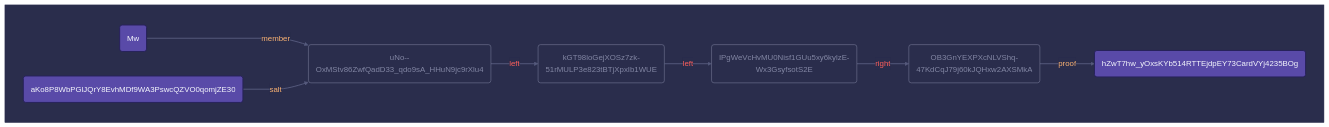
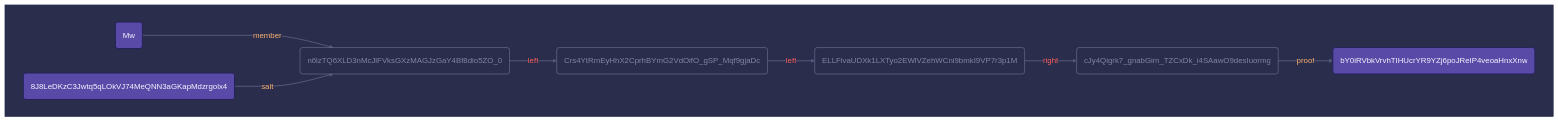
Before and after one commit to transmute-industries/verifiable-data: the diagram in packages/merkle-proof/merkle-proof.md, drawn with Mermaid. The commit also changed other lines of this file and 19 other files, not shown here.

````diff
--- a/packages/merkle-proof/merkle-proof.md
+++ b/packages/merkle-proof/merkle-proof.md
@@ -24,50 +24,50 @@
 ```mermaid
 %%{
   init: {
     'flowchart': { 'curve': 'monotoneX' },
     'theme': 'base',
     'themeVariables': {
       'primaryColor': '#2a2d4c',
       'primaryTextColor': '#565a7c',
       'nodeBorder': '#565a7c',
       'edgeLabelBackground': '#2a2d4c',
       'clusterBkg': '#2a2d4c',
       'clusterBorder': '#2a2d4c',
       'lineColor': '#565a7c',
       'fontFamily': 'monospace',
       'darkmode': true
     }
   }
 }%%
 graph LR
 linkStyle default fill:none, stroke-width: 1px, stroke: #565a7c
   subgraph &nbsp;
     direction LR
-		fca1f7d357bc7db71ecfa0e8d10fafb4754a71745a2276964e7c21e7188660da("hZwT7hw_yOxsKYb514RTTEjdpEY73CardVYj4235BOg") 
+		d57a9a1e875746ba91a693567761bf616f0c83478688fc448369f45187b33ab7("bY0iRVbkVrvhTIHUcrYR9YZj6poJReIP4veoaHnxXnw") 
 		b340a0c7bc54b1e1d1b283e8dcc756f728dc6ead0090008a232e8ff5a5f54be7("Mw") 
-		2cae03cd28cf63be1328d38a1983305e8d81941b4d02b9700c29960e73a6a6c2("aKo8P8WbPGlJQrY8EvhMDf9WA3PswcQZVO0qomjZE30") 
-		42b869007c27bed0f28fe75e04b87214b501fdc6e8ee237984e67ef8eaccd550("uNo--OxMStv86ZwfQadD33_qdo9sA_HHuN9jc9rXlu4") 
-		f9210b82dd198e1f049f793d69d9ff9eaa78aab930d19ffcf650330d450e3f19("kGT98loGejXOSz7zk-51rMULP3e823tBTjXpxIb1WUE") 
-		3916a2df29c29440b3c29a3df1df70dcf5c642be8f964b7f27034ffd585e6290("IPgWeVcHvMU0Nisf1GUu5xy6kylzE-Wx3GsyfsotS2E") 
-		ef18fdcdecf7266c386a8536c36176fa7380d14600e825713343208ab83afad9("OB3GnYEXPXcNLVShq-47KdCqJ79j60kJQHxw2AXSMkA") 
-		b340a0c7bc54b1e1d1b283e8dcc756f728dc6ead0090008a232e8ff5a5f54be7 -- member --> 42b869007c27bed0f28fe75e04b87214b501fdc6e8ee237984e67ef8eaccd550 
-		2cae03cd28cf63be1328d38a1983305e8d81941b4d02b9700c29960e73a6a6c2 -- salt --> 42b869007c27bed0f28fe75e04b87214b501fdc6e8ee237984e67ef8eaccd550 
-		42b869007c27bed0f28fe75e04b87214b501fdc6e8ee237984e67ef8eaccd550 -- left --> f9210b82dd198e1f049f793d69d9ff9eaa78aab930d19ffcf650330d450e3f19 
-		f9210b82dd198e1f049f793d69d9ff9eaa78aab930d19ffcf650330d450e3f19 -- left --> 3916a2df29c29440b3c29a3df1df70dcf5c642be8f964b7f27034ffd585e6290 
-		3916a2df29c29440b3c29a3df1df70dcf5c642be8f964b7f27034ffd585e6290 -- right --> ef18fdcdecf7266c386a8536c36176fa7380d14600e825713343208ab83afad9 
-		ef18fdcdecf7266c386a8536c36176fa7380d14600e825713343208ab83afad9 -- proof --> fca1f7d357bc7db71ecfa0e8d10fafb4754a71745a2276964e7c21e7188660da 
-		style fca1f7d357bc7db71ecfa0e8d10fafb4754a71745a2276964e7c21e7188660da color:#f5f7fd, fill:#594aa8, stroke:#27225b, stroke-width: 2.0px 
+		230021e457f7cda77acaa2a563599d892a435aec179965e8a25c4bab11f6ce9a("8J8LeDKzC3Jwtq5qLOkVJ74MeQNN3aGKapMdzrgolx4") 
+		fcd1a855f74de5745adab9919e6574ea03abc8f3181d1b5aea81f72cbae5886b("n6lzTQ6XLD3nMcJlFVksGXzMAGJzGaY4Bf8dio5ZO_0") 
+		5831519fc393227f96f10d342628a326852522166ba78660568f60ff10c32799("Crs4YtRmEyHhX2CprhBYmG2VdOifO_gSP_Mqf9gjaDc") 
+		0f16fb4931662a76b8a0fbdd7856a4502616b80b1833a2cc4fc6a3c3a22dde78("ELLFivaUDXk1LXTyo2EWlVZehWCni9bmkI9VP7r3p1M") 
+		1b834b9480615d9c9b650e1007138d466bedc35b4c9cb401cbf06effbab9c471("cJy4Qigrk7_gnabGim_TZCxDk_i4SAawO9desIuormg") 
+		b340a0c7bc54b1e1d1b283e8dcc756f728dc6ead0090008a232e8ff5a5f54be7 -- member --> fcd1a855f74de5745adab9919e6574ea03abc8f3181d1b5aea81f72cbae5886b 
+		230021e457f7cda77acaa2a563599d892a435aec179965e8a25c4bab11f6ce9a -- salt --> fcd1a855f74de5745adab9919e6574ea03abc8f3181d1b5aea81f72cbae5886b 
+		fcd1a855f74de5745adab9919e6574ea03abc8f3181d1b5aea81f72cbae5886b -- left --> 5831519fc393227f96f10d342628a326852522166ba78660568f60ff10c32799 
+		5831519fc393227f96f10d342628a326852522166ba78660568f60ff10c32799 -- left --> 0f16fb4931662a76b8a0fbdd7856a4502616b80b1833a2cc4fc6a3c3a22dde78 
+		0f16fb4931662a76b8a0fbdd7856a4502616b80b1833a2cc4fc6a3c3a22dde78 -- right --> 1b834b9480615d9c9b650e1007138d466bedc35b4c9cb401cbf06effbab9c471 
+		1b834b9480615d9c9b650e1007138d466bedc35b4c9cb401cbf06effbab9c471 -- proof --> d57a9a1e875746ba91a693567761bf616f0c83478688fc448369f45187b33ab7 
+		style d57a9a1e875746ba91a693567761bf616f0c83478688fc448369f45187b33ab7 color:#f5f7fd, fill:#594aa8, stroke:#27225b, stroke-width: 2.0px 
 		style b340a0c7bc54b1e1d1b283e8dcc756f728dc6ead0090008a232e8ff5a5f54be7 color:#f5f7fd, fill:#594aa8, stroke:#27225b, stroke-width: 2.0px 
-		style 2cae03cd28cf63be1328d38a1983305e8d81941b4d02b9700c29960e73a6a6c2 color:#f5f7fd, fill:#594aa8, stroke:#27225b, stroke-width: 2.0px 
-		style 42b869007c27bed0f28fe75e04b87214b501fdc6e8ee237984e67ef8eaccd550 color:#8286a3, stroke:#8286a3, stroke-width: 1.0px 
-		style f9210b82dd198e1f049f793d69d9ff9eaa78aab930d19ffcf650330d450e3f19 color:#8286a3, stroke:#8286a3, stroke-width: 1.0px 
-		style 3916a2df29c29440b3c29a3df1df70dcf5c642be8f964b7f27034ffd585e6290 color:#8286a3, stroke:#8286a3, stroke-width: 1.0px 
-		style ef18fdcdecf7266c386a8536c36176fa7380d14600e825713343208ab83afad9 color:#8286a3, stroke:#8286a3, stroke-width: 1.0px 
+		style 230021e457f7cda77acaa2a563599d892a435aec179965e8a25c4bab11f6ce9a color:#f5f7fd, fill:#594aa8, stroke:#27225b, stroke-width: 2.0px 
+		style fcd1a855f74de5745adab9919e6574ea03abc8f3181d1b5aea81f72cbae5886b color:#8286a3, stroke:#8286a3, stroke-width: 1.0px 
+		style 5831519fc393227f96f10d342628a326852522166ba78660568f60ff10c32799 color:#8286a3, stroke:#8286a3, stroke-width: 1.0px 
+		style 0f16fb4931662a76b8a0fbdd7856a4502616b80b1833a2cc4fc6a3c3a22dde78 color:#8286a3, stroke:#8286a3, stroke-width: 1.0px 
+		style 1b834b9480615d9c9b650e1007138d466bedc35b4c9cb401cbf06effbab9c471 color:#8286a3, stroke:#8286a3, stroke-width: 1.0px 
 		linkStyle 0 color:#fcb373, stroke-width: 2.0px 
 		linkStyle 1 color:#fcb373, stroke-width: 2.0px 
 		linkStyle 2 color:#ff605d, stroke-width: 2.0px 
 		linkStyle 3 color:#ff605d, stroke-width: 2.0px 
 		linkStyle 4 color:#ff605d, stroke-width: 2.0px 
 		linkStyle 5 color:#fcb373, stroke-width: 2.0px 
   end
 ```
````
